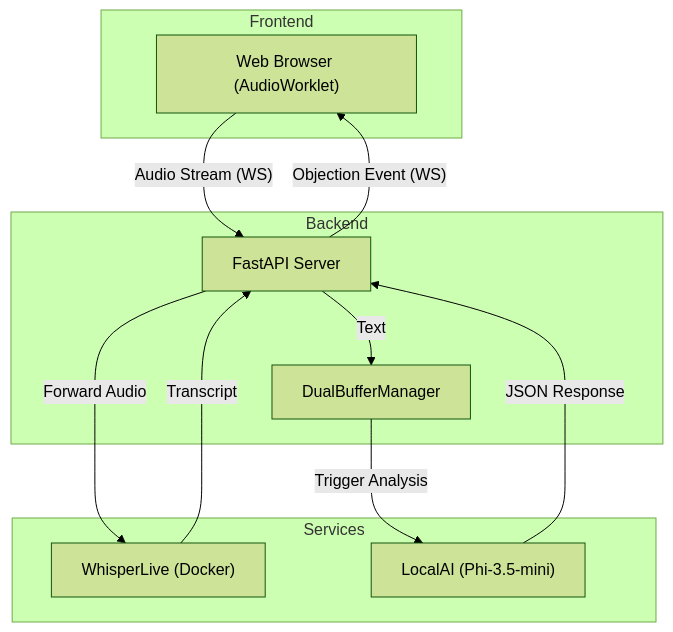
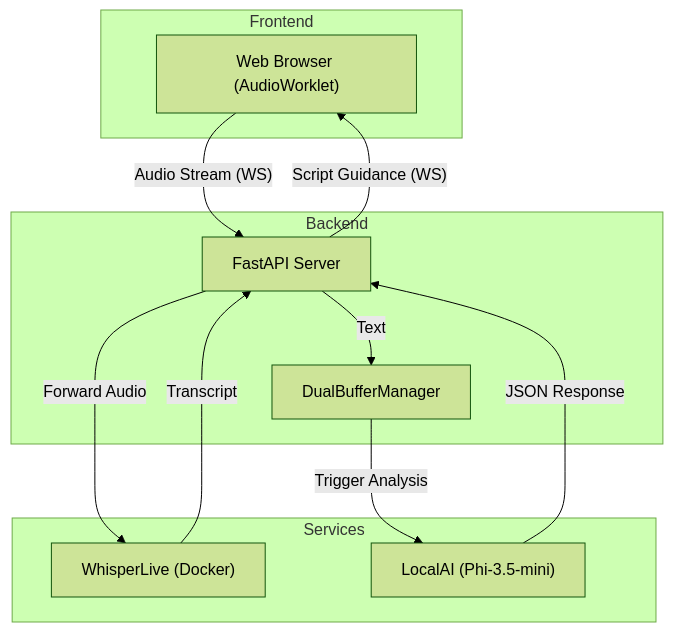
Before and after one commit to eccentricnode/sales-rpg-ai: the first of 3 diagrams in README.md, drawn with Mermaid (forest theme). The commit also changed other lines of this file and 23 other files, not shown here.

````diff
--- a/README.md
+++ b/README.md
@@ -9,24 +9,24 @@
 ```mermaid
 graph TB
     subgraph Frontend
         Browser["Web Browser (AudioWorklet)"]
     end
 
     subgraph Backend
         FastAPI[FastAPI Server]
         Buffer[DualBufferManager]
     end
 
     subgraph Services
         Whisper["WhisperLive (Docker)"]
         LocalAI["LocalAI (Phi-3.5-mini)"]
     end
 
     Browser -- Audio Stream (WS) --> FastAPI
     FastAPI -- Forward Audio --> Whisper
     Whisper -- Transcript --> FastAPI
     FastAPI -- Text --> Buffer
     Buffer -- Trigger Analysis --> LocalAI
     LocalAI -- JSON Response --> FastAPI
-    FastAPI -- Objection Event (WS) --> Browser
+    FastAPI -- Script Guidance (WS) --> Browser
 ```
````
